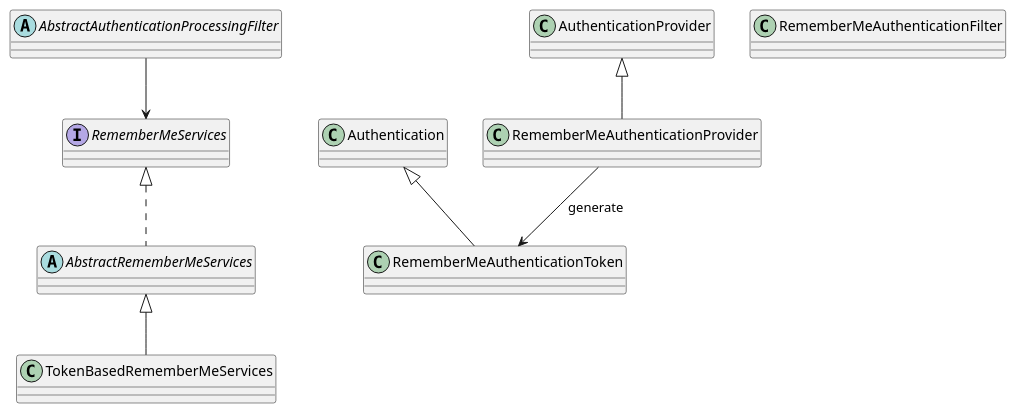
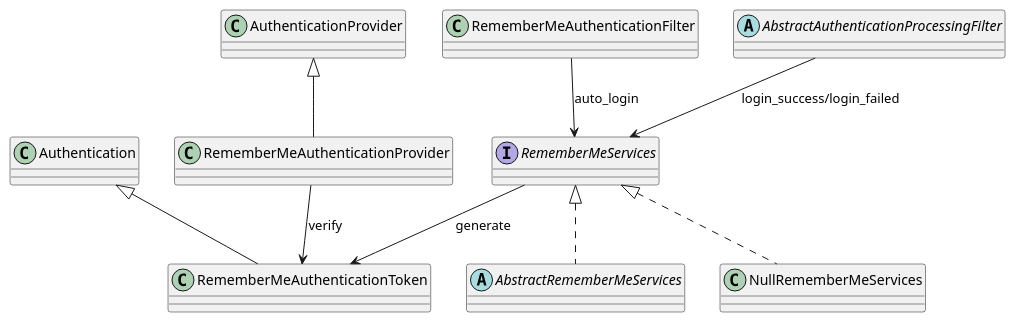
Before and after one commit to xiayy860612/blog-articles: the diagram in 技术/Spring/Spring Security/remember-me.puml, drawn with PlantUML. The commit also changed 2 other files, not shown here.

Commit message:
add remember design

```diff
--- a/技术/Spring/Spring Security/remember-me.puml
+++ b/技术/Spring/Spring Security/remember-me.puml
@@ -1,24 +1,22 @@
 @startuml "Remember-Me Authentication"
 
 interface RememberMeServices
 
 abstract class AbstractRememberMeServices
 RememberMeServices <|.. AbstractRememberMeServices
 
-class TokenBasedRememberMeServices extends AbstractRememberMeServices
+class NullRememberMeServices
+RememberMeServices <|.. NullRememberMeServices
 
+class RememberMeAuthenticationToken extends Authentication
+class RememberMeAuthenticationProvider extends AuthenticationProvider
+RememberMeAuthenticationProvider --> RememberMeAuthenticationToken: verify
+RememberMeServices --> RememberMeAuthenticationToken: generate
+
+class RememberMeAuthenticationFilter
+RememberMeAuthenticationFilter --> RememberMeServices: auto_login
 
 abstract class AbstractAuthenticationProcessingFilter
-AbstractAuthenticationProcessingFilter --> RememberMeServices
-
-
-class RememberMeAuthenticationToken extends Authentication
-
-class RememberMeAuthenticationProvider extends AuthenticationProvider
-RememberMeAuthenticationProvider --> RememberMeAuthenticationToken: generate
-
-class RememberMeAuthenticationFilter
-
-
+AbstractAuthenticationProcessingFilter --> RememberMeServices: login_success/login_failed
 
 @enduml
```
